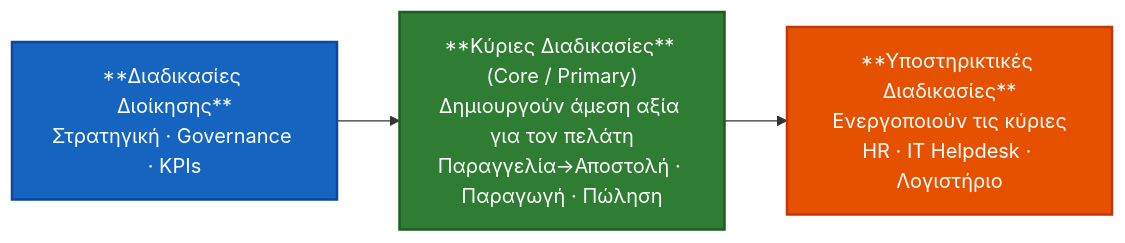
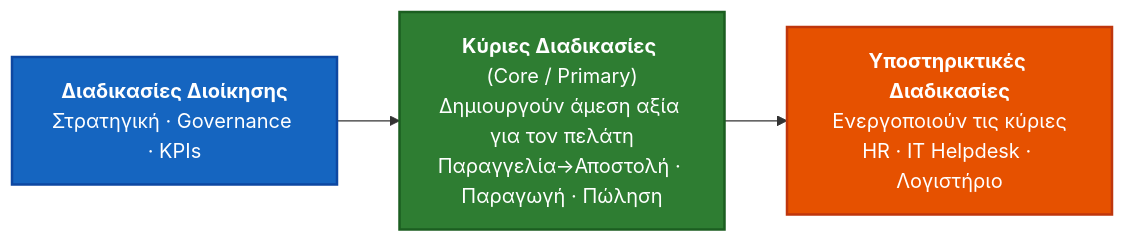
Before and after one commit to tsadimas-wa/dss-data-analytics: the diagram in msc/img/lecture2/diag_process_arch.mmd, drawn with Mermaid. The commit also changed 8 other files, not shown here.

First line of the commit message:
docs(lecture2): enhance content and diagram formatting

```diff
--- a/msc/img/lecture2/diag_process_arch.mmd
+++ b/msc/img/lecture2/diag_process_arch.mmd
@@ -1,7 +1,7 @@
 flowchart LR
-    A["**Διαδικασίες Διοίκησης**\nΣτρατηγική · Governance · KPIs"]
-    --> B["**Κύριες Διαδικασίες** (Core / Primary)\nΔημιουργούν άμεση αξία για τον πελάτη\nΠαραγγελία→Αποστολή · Παραγωγή · Πώληση"]
-    --> C["**Υποστηρικτικές Διαδικασίες**\nΕνεργοποιούν τις κύριες\nHR · IT Helpdesk · Λογιστήριο"]
+    A["<b>Διαδικασίες Διοίκησης</b>\nΣτρατηγική · Governance · KPIs"]
+    --> B["<b>Κύριες Διαδικασίες</b> (Core / Primary)\nΔημιουργούν άμεση αξία για τον πελάτη\nΠαραγγελία→Αποστολή · Παραγωγή · Πώληση"]
+    --> C["<b>Υποστηρικτικές Διαδικασίες</b>\nΕνεργοποιούν τις κύριες\nHR · IT Helpdesk · Λογιστήριο"]
     style A fill:#1565C0,color:#ffffff,stroke:#0D47A1,stroke-width:2px
     style B fill:#2E7D32,color:#ffffff,stroke:#1B5E20,stroke-width:2px
     style C fill:#E65100,color:#ffffff,stroke:#BF360C,stroke-width:2px
```
